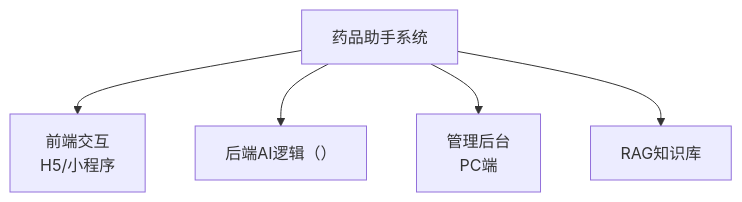
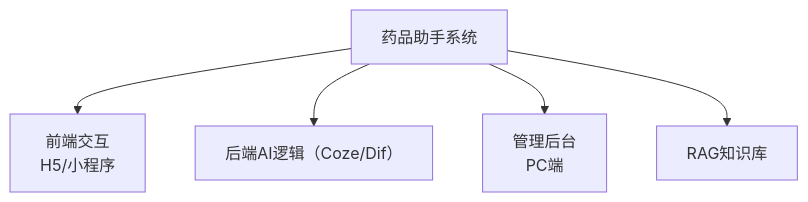
The diagram in all/未命名.md (funnyData/iodraw-files), drawn with Mermaid before and after one commit.

Commit message:
2025-02-21 13:52:54 update

````diff
--- a/all/未命名.md
+++ b/all/未命名.md
@@ -1,7 +1,7 @@
 ```mermaid
 graph TD
     A[药品助手系统] --> B[前端交互<br>H5/小程序]
-    A --> C[后端AI逻辑（）]
+    A --> C[后端AI逻辑（Coze/Dif）]
     A --> D[管理后台<br>PC端]
     A --> E[RAG知识库]
 ```
````
